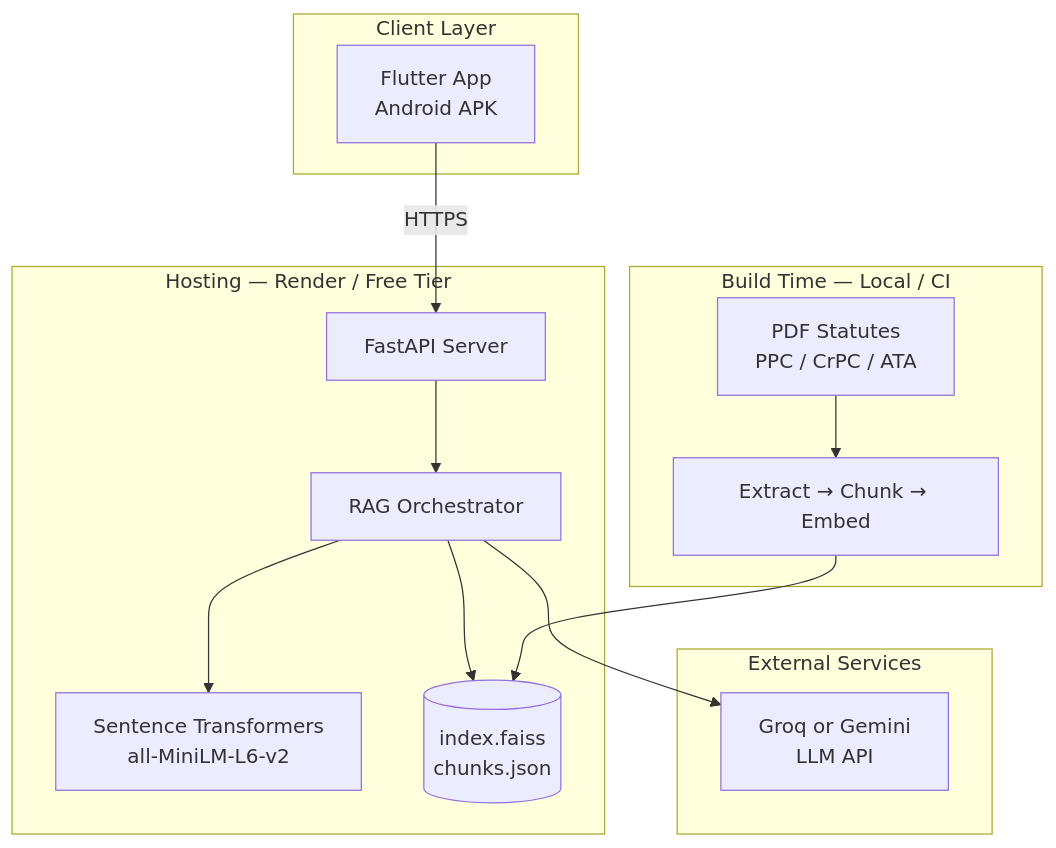
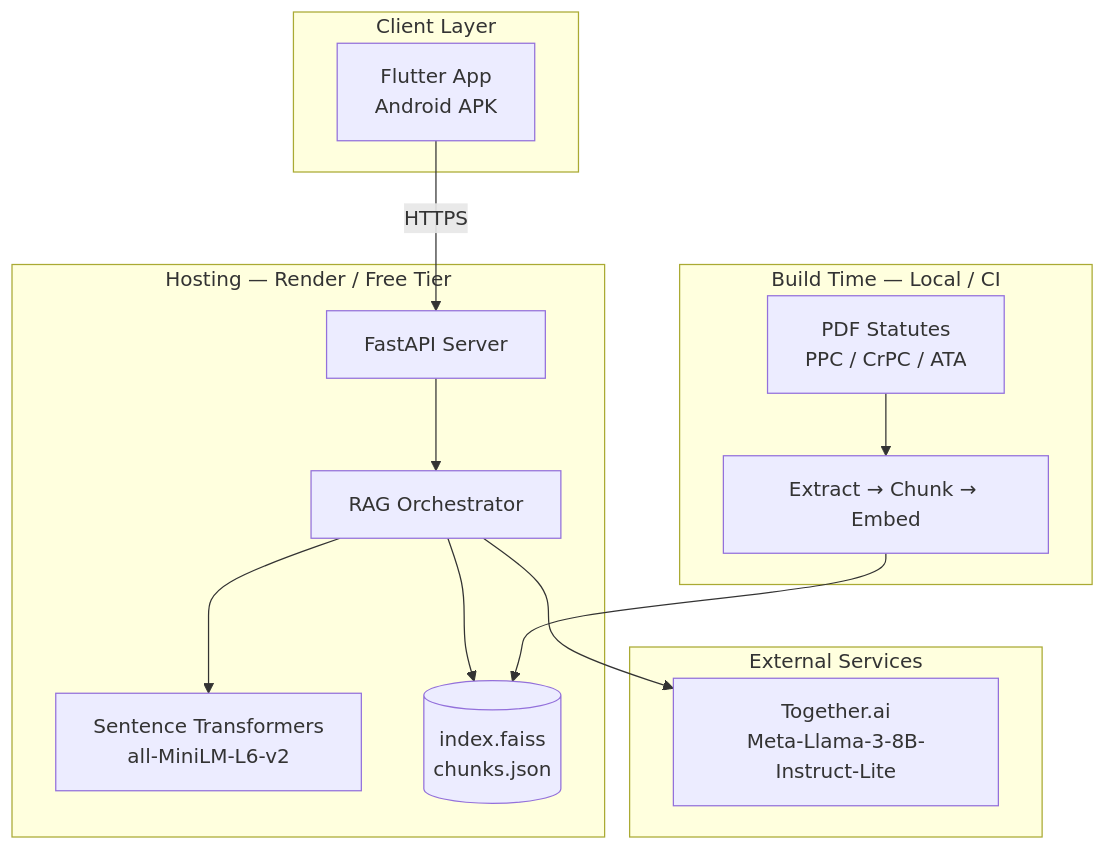
One commit to ShahxHussain/AI_Legal_Assistant changed the second of 4 diagrams in docs/ARCHITECTURE.md. Above: the diagram before and after it, drawn with Mermaid. The commit also changed other lines of this file and 166 other files, not shown here.

````diff
--- a/docs/ARCHITECTURE.md
+++ b/docs/ARCHITECTURE.md
@@ -37,29 +37,29 @@
 ```mermaid
 flowchart TB
     subgraph Client["Client Layer"]
         Flutter[Flutter App\nAndroid APK]
     end
 
     subgraph Hosting["Hosting — Render / Free Tier"]
         FastAPI[FastAPI Server]
         Embed[Sentence Transformers\nall-MiniLM-L6-v2]
         RAG[RAG Orchestrator]
         Index[(index.faiss\nchunks.json)]
     end
 
     subgraph External["External Services"]
-        LLM[Groq or Gemini\nLLM API]
+        LLM[Together.ai\nMeta-Llama-3-8B-Instruct-Lite]
     end
 
     subgraph BuildTime["Build Time — Local / CI"]
         PDFs[PDF Statutes\nPPC / CrPC / ATA]
         Pipeline[Extract → Chunk → Embed]
     end
 
     Flutter -->|HTTPS| FastAPI
     FastAPI --> RAG
     RAG --> Embed
     RAG --> Index
     RAG --> LLM
     PDFs --> Pipeline --> Index
 ```
````
